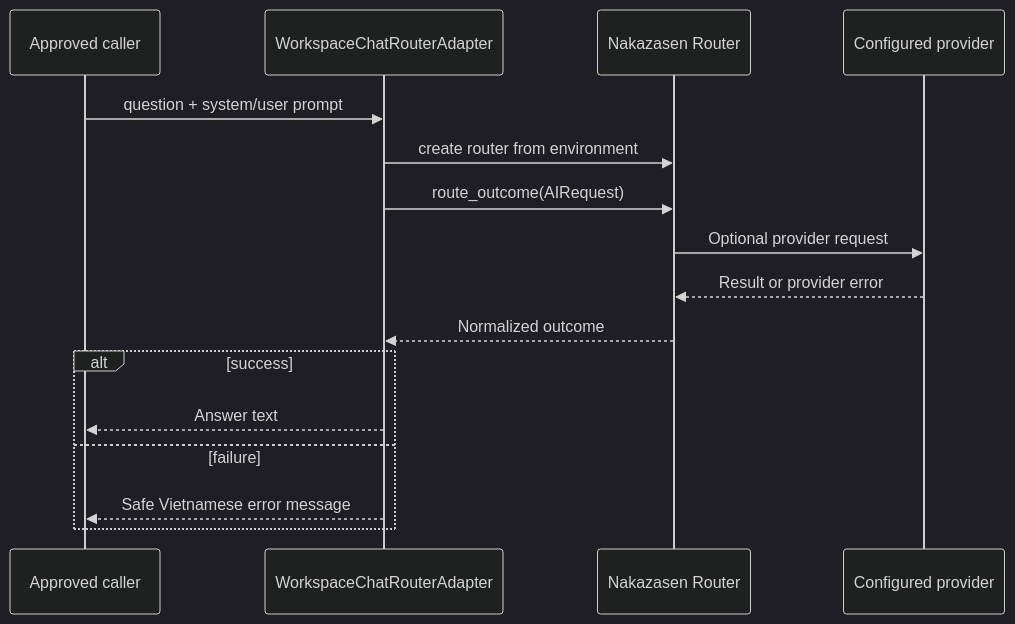
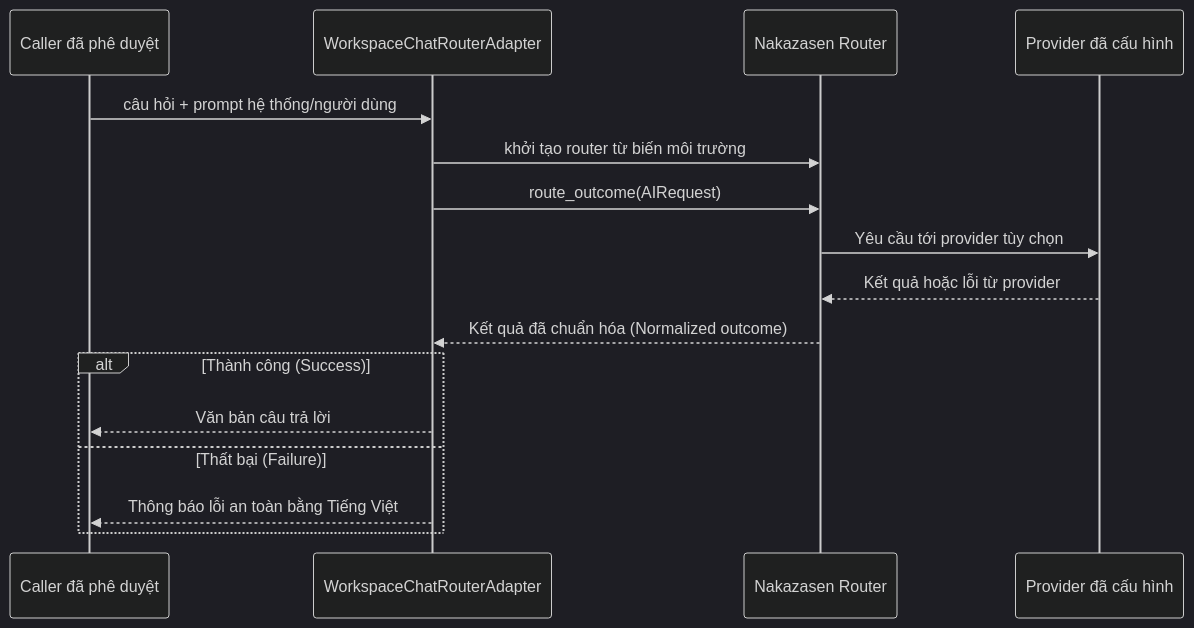
One commit to Nakazasen/AIOS_habbit changed the diagram in docs/architecture/sequences/ROUTER_CALL.md. Above: the diagram before and after it, drawn with Mermaid (dark theme). The commit also changed other lines of this file and 419 other files, not shown here.

First line of the commit message:
docs(understand): add localized knowledge graph and update documentation

````diff
--- a/docs/architecture/sequences/ROUTER_CALL.md
+++ b/docs/architecture/sequences/ROUTER_CALL.md
@@ -8,18 +8,18 @@
 ```mermaid
 sequenceDiagram
-    participant C as Approved caller
+    participant C as Caller đã phê duyệt
     participant A as WorkspaceChatRouterAdapter
     participant R as Nakazasen Router
-    participant P as Configured provider
-    C->>A: question + system/user prompt
-    A->>R: create router from environment
+    participant P as Provider đã cấu hình
+    C->>A: câu hỏi + prompt hệ thống/người dùng
+    A->>R: khởi tạo router từ biến môi trường
     A->>R: route_outcome(AIRequest)
-    R->>P: Optional provider request
-    P-->>R: Result or provider error
-    R-->>A: Normalized outcome
-    alt success
-        A-->>C: Answer text
-    else failure
-        A-->>C: Safe Vietnamese error message
+    R->>P: Yêu cầu tới provider tùy chọn
+    P-->>R: Kết quả hoặc lỗi từ provider
+    R-->>A: Kết quả đã chuẩn hóa (Normalized outcome)
+    alt Thành công (Success)
+        A-->>C: Văn bản câu trả lời
+    else Thất bại (Failure)
+        A-->>C: Thông báo lỗi an toàn bằng Tiếng Việt
     end
 ```
````
